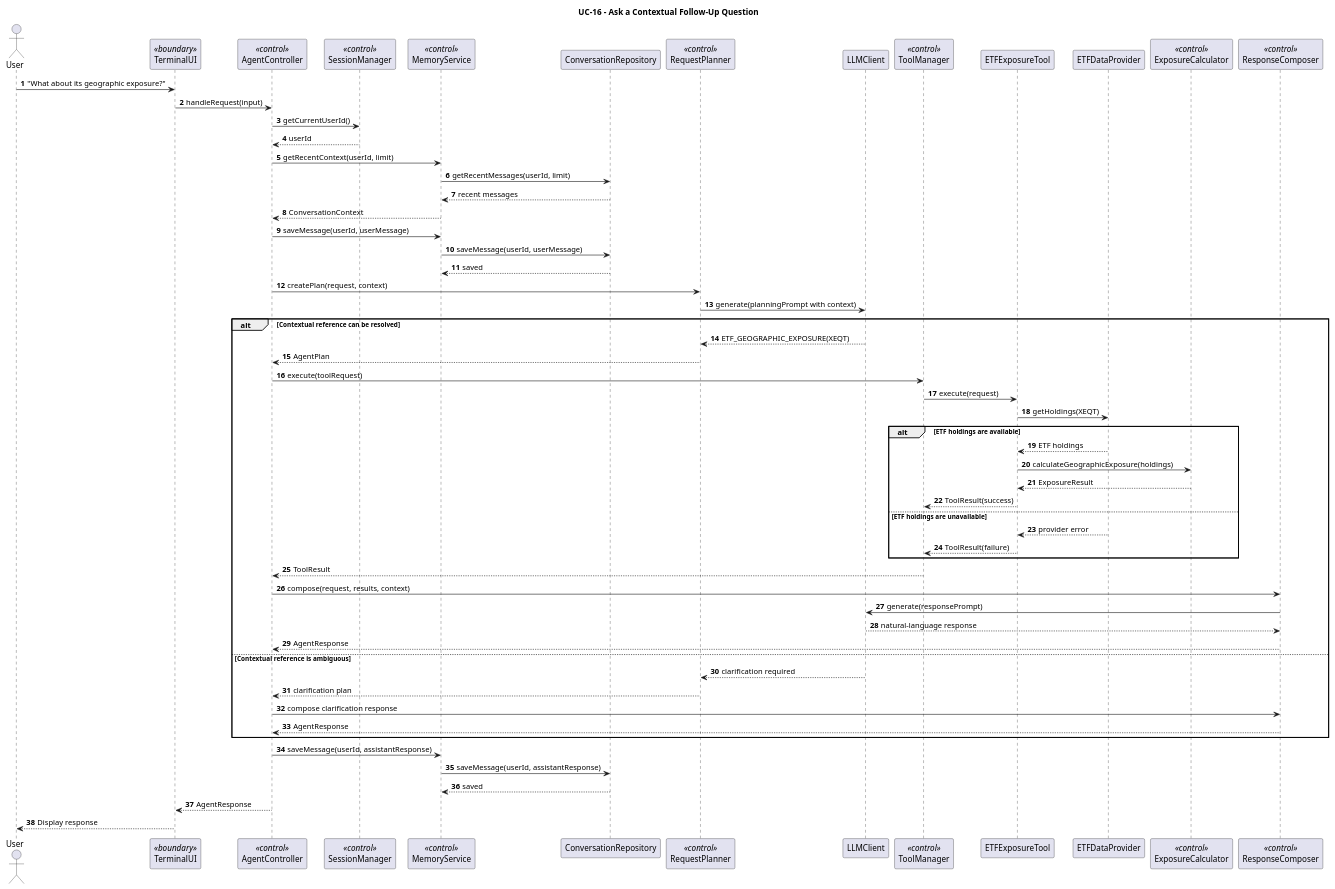
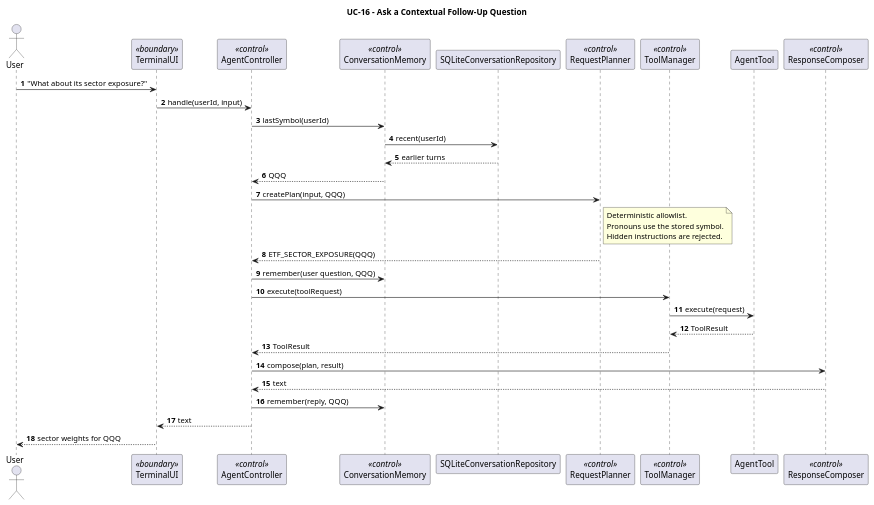
The diagram in docs/uml/sequence-context-followup.puml (xAssasinSoulx/market-intelligence-agent), drawn with PlantUML before and after one commit. The commit also changed 20 other files, not shown here.

First line of the commit message:
feat(agent): answer follow-ups from the last stored symbol

```diff
--- a/docs/uml/sequence-context-followup.puml
+++ b/docs/uml/sequence-context-followup.puml
@@ -1,81 +1,45 @@
 @startuml
 title UC-16 - Ask a Contextual Follow-Up Question
 
 autonumber
 
 actor User
 
 participant TerminalUI <<boundary>>
 participant AgentController <<control>>
-participant SessionManager <<control>>
-participant MemoryService <<control>>
-participant ConversationRepository
+participant ConversationMemory <<control>>
+participant SQLiteConversationRepository
 participant RequestPlanner <<control>>
-participant LLMClient
 participant ToolManager <<control>>
-participant ETFExposureTool
-participant ETFDataProvider
-participant ExposureCalculator <<control>>
+participant AgentTool
 participant ResponseComposer <<control>>
 
-User -> TerminalUI : "What about its geographic exposure?"
-TerminalUI -> AgentController : handleRequest(input)
+User -> TerminalUI : "What about its sector exposure?"
+TerminalUI -> AgentController : handle(userId, input)
 
-AgentController -> SessionManager : getCurrentUserId()
-SessionManager --> AgentController : userId
+AgentController -> ConversationMemory : lastSymbol(userId)
+ConversationMemory -> SQLiteConversationRepository : recent(userId)
+SQLiteConversationRepository --> ConversationMemory : earlier turns
+ConversationMemory --> AgentController : QQQ
 
-AgentController -> MemoryService : getRecentContext(userId, limit)
-MemoryService -> ConversationRepository : getRecentMessages(userId, limit)
-ConversationRepository --> MemoryService : recent messages
-MemoryService --> AgentController : ConversationContext
+AgentController -> RequestPlanner : createPlan(input, QQQ)
+note right of RequestPlanner
+  Deterministic allowlist.
+  Pronouns use the stored symbol.
+  Hidden instructions are rejected.
+end note
+RequestPlanner --> AgentController : ETF_SECTOR_EXPOSURE(QQQ)
 
-AgentController -> MemoryService : saveMessage(userId, userMessage)
-MemoryService -> ConversationRepository : saveMessage(userId, userMessage)
-ConversationRepository --> MemoryService : saved
+AgentController -> ConversationMemory : remember(user question, QQQ)
+AgentController -> ToolManager : execute(toolRequest)
+ToolManager -> AgentTool : execute(request)
+AgentTool --> ToolManager : ToolResult
+ToolManager --> AgentController : ToolResult
 
-AgentController -> RequestPlanner : createPlan(request, context)
-RequestPlanner -> LLMClient : generate(planningPrompt with context)
-
-alt Contextual reference can be resolved
-    LLMClient --> RequestPlanner : ETF_GEOGRAPHIC_EXPOSURE(XEQT)
-    RequestPlanner --> AgentController : AgentPlan
-
-    AgentController -> ToolManager : execute(toolRequest)
-    ToolManager -> ETFExposureTool : execute(request)
-
-    ETFExposureTool -> ETFDataProvider : getHoldings(XEQT)
-
-    alt ETF holdings are available
-        ETFDataProvider --> ETFExposureTool : ETF holdings
-
-        ETFExposureTool -> ExposureCalculator : calculateGeographicExposure(holdings)
-        ExposureCalculator --> ETFExposureTool : ExposureResult
-
-        ETFExposureTool --> ToolManager : ToolResult(success)
-    else ETF holdings are unavailable
-        ETFDataProvider --> ETFExposureTool : provider error
-        ETFExposureTool --> ToolManager : ToolResult(failure)
-    end
-
-    ToolManager --> AgentController : ToolResult
-
-    AgentController -> ResponseComposer : compose(request, results, context)
-    ResponseComposer -> LLMClient : generate(responsePrompt)
-    LLMClient --> ResponseComposer : natural-language response
-    ResponseComposer --> AgentController : AgentResponse
-
-else Contextual reference is ambiguous
-    LLMClient --> RequestPlanner : clarification required
-    RequestPlanner --> AgentController : clarification plan
-    AgentController -> ResponseComposer : compose clarification response
-    ResponseComposer --> AgentController : AgentResponse
-end
-
-AgentController -> MemoryService : saveMessage(userId, assistantResponse)
-MemoryService -> ConversationRepository : saveMessage(userId, assistantResponse)
-ConversationRepository --> MemoryService : saved
-
-AgentController --> TerminalUI : AgentResponse
-TerminalUI --> User : Display response
+AgentController -> ResponseComposer : compose(plan, result)
+ResponseComposer --> AgentController : text
+AgentController -> ConversationMemory : remember(reply, QQQ)
+AgentController --> TerminalUI : text
+TerminalUI --> User : sector weights for QQQ
 
 @enduml
```
